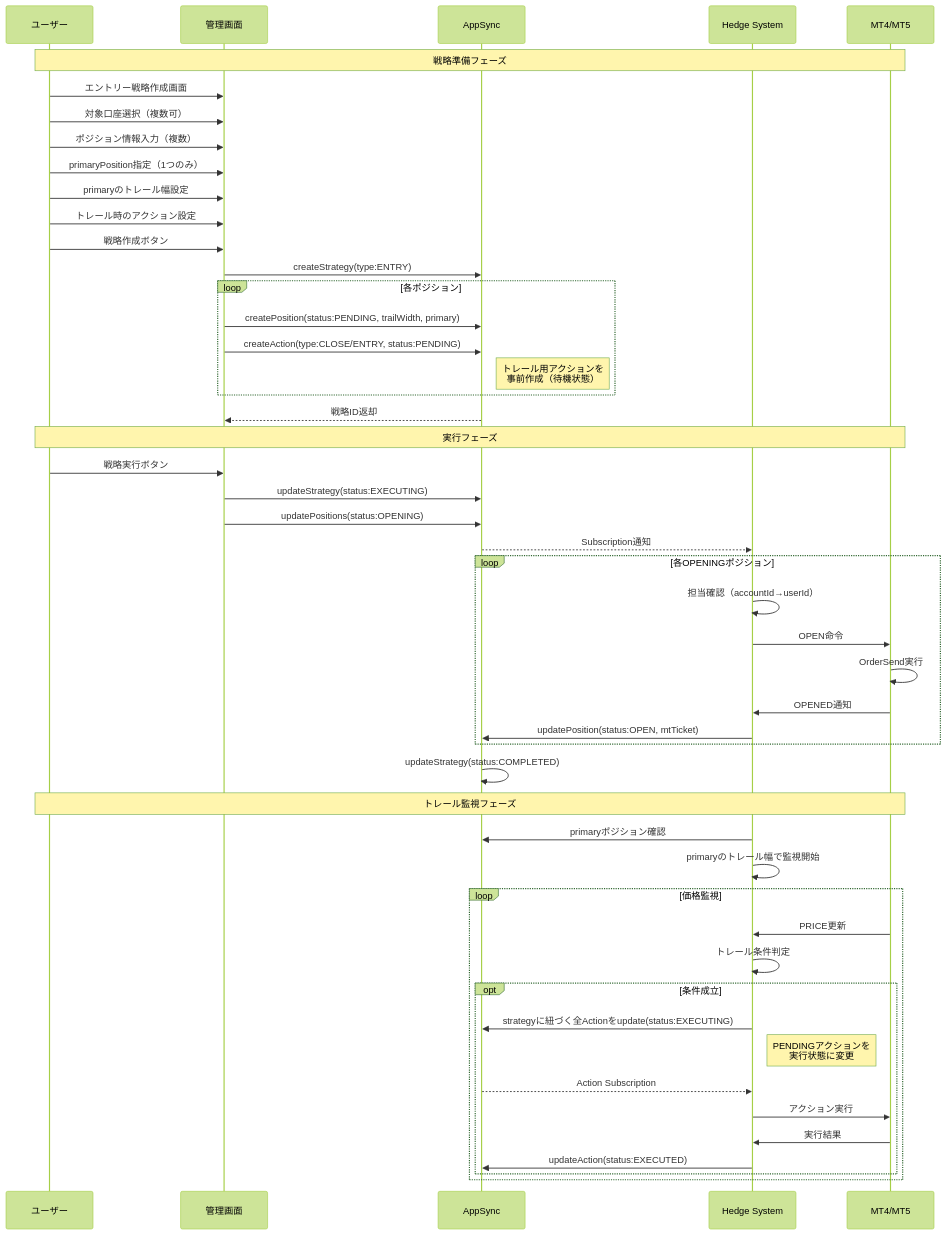
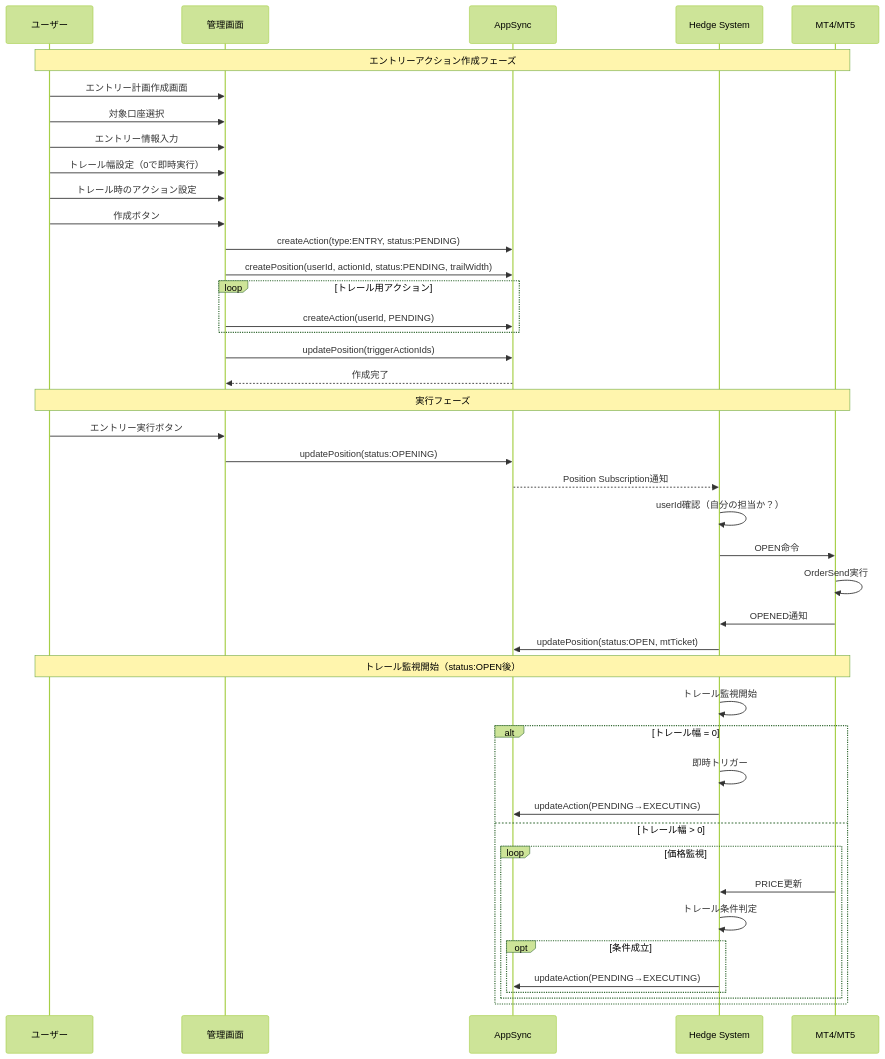
The fifth of 16 diagrams in MVPシステム設計.md (rnrnstar2/ArbitrageAssistant), drawn with Mermaid (forest theme) before and after one commit. The commit also changed other lines of this file and 111 other files, not shown here.

````diff
--- a/MVPシステム設計.md
+++ b/MVPシステム設計.md
@@ -155,56 +250,50 @@
 ```mermaid
 sequenceDiagram
     participant U as ユーザー
     participant UI as 管理画面
     participant API as AppSync
     participant HS as Hedge System
     participant EA as MT4/MT5
-    
-    Note over U,EA: 戦略準備フェーズ
-    U->>UI: エントリー戦略作成画面
-    U->>UI: 対象口座選択（複数可）
-    U->>UI: ポジション情報入力（複数）
-    U->>UI: primaryPosition指定（1つのみ）
-    U->>UI: primaryのトレール幅設定
+
+    Note over U,EA: エントリーアクション作成フェーズ
+    U->>UI: エントリー計画作成画面
+    U->>UI: 対象口座選択
+    U->>UI: エントリー情報入力
+    U->>UI: トレール幅設定（0で即時実行）
     U->>UI: トレール時のアクション設定
-    U->>UI: 戦略作成ボタン
-    UI->>API: createStrategy(type:ENTRY)
-    loop 各ポジション
-        UI->>API: createPosition(status:PENDING, trailWidth, primary)
-        UI->>API: createAction(type:CLOSE/ENTRY, status:PENDING)
-        Note right of API: トレール用アクションを<br/>事前作成（待機状態）
+    U->>UI: 作成ボタン
+
+    UI->>API: createAction(type:ENTRY, status:PENDING)
+    UI->>API: createPosition(userId, actionId, status:PENDING, trailWidth)
+    loop トレール用アクション
+        UI->>API: createAction(userId, PENDING)
     end
-    API-->>UI: 戦略ID返却
-    
+    UI->>API: updatePosition(triggerActionIds)
+    API-->>UI: 作成完了
+
     Note over U,EA: 実行フェーズ
-    U->>UI: 戦略実行ボタン
-    UI->>API: updateStrategy(status:EXECUTING)
-    UI->>API: updatePositions(status:OPENING)
-    API-->>HS: Subscription通知
-    
-    loop 各OPENINGポジション
-        HS->>HS: 担当確認（accountId→userId）
-        HS->>EA: OPEN命令
-        EA->>EA: OrderSend実行
-        EA->>HS: OPENED通知
-        HS->>API: updatePosition(status:OPEN, mtTicket)
-    end
-    
-    API->>API: updateStrategy(status:COMPLETED)
-    
-    Note over U,EA: トレール監視フェーズ
-    HS->>API: primaryポジション確認
-    HS->>HS: primaryのトレール幅で監視開始
-    loop 価格監視
-        EA->>HS: PRICE更新
-        HS->>HS: トレール条件判定
-        opt 条件成立
-            HS->>API: strategyに紐づく全Actionをupdate(status:EXECUTING)
-            Note right of HS: PENDINGアクションを<br/>実行状態に変更
-            API-->>HS: Action Subscription
-            HS->>EA: アクション実行
-            EA->>HS: 実行結果
-            HS->>API: updateAction(status:EXECUTED)
+    U->>UI: エントリー実行ボタン
+    UI->>API: updatePosition(status:OPENING)
+    API-->>HS: Position Subscription通知
+
+    HS->>HS: userId確認（自分の担当か？）
+    HS->>EA: OPEN命令
+    EA->>EA: OrderSend実行
+    EA->>HS: OPENED通知
+    HS->>API: updatePosition(status:OPEN, mtTicket)
+
+    Note over U,EA: トレール監視開始（status:OPEN後）
+    HS->>HS: トレール監視開始
+    alt トレール幅 = 0
+        HS->>HS: 即時トリガー
+        HS->>API: updateAction(PENDING→EXECUTING)
+    else トレール幅 > 0
+        loop 価格監視
+            EA->>HS: PRICE更新
+            HS->>HS: トレール条件判定
+            opt 条件成立
+                HS->>API: updateAction(PENDING→EXECUTING)
+            end
         end
     end
 ```
````
